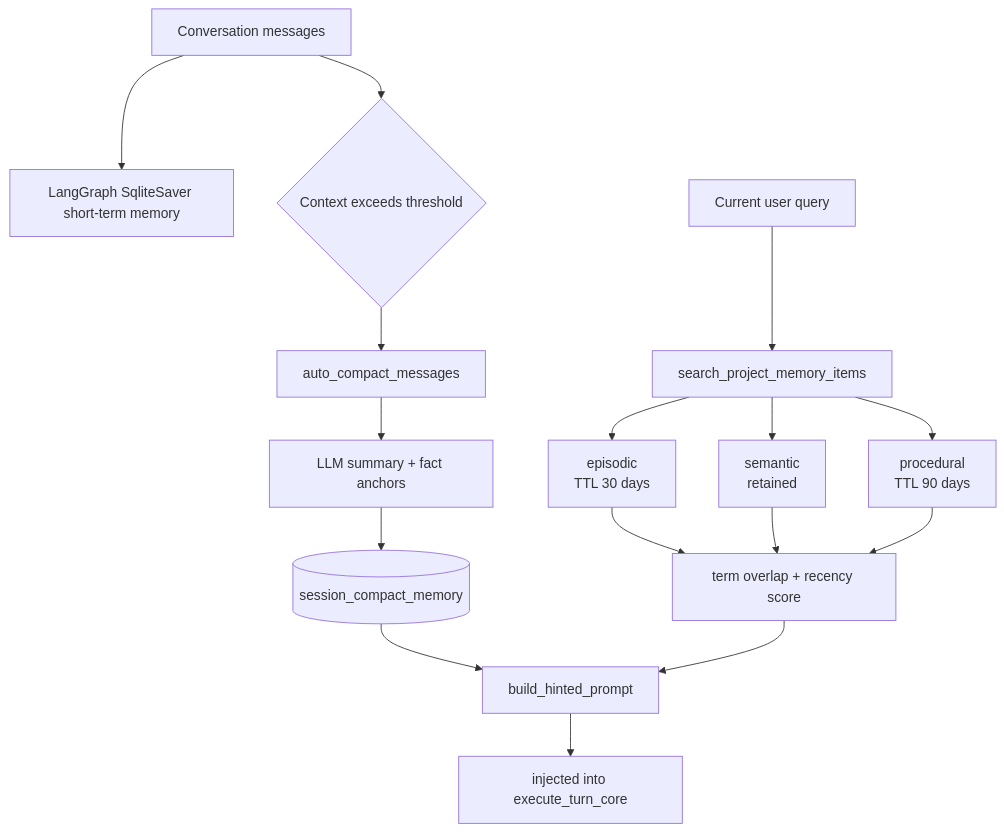
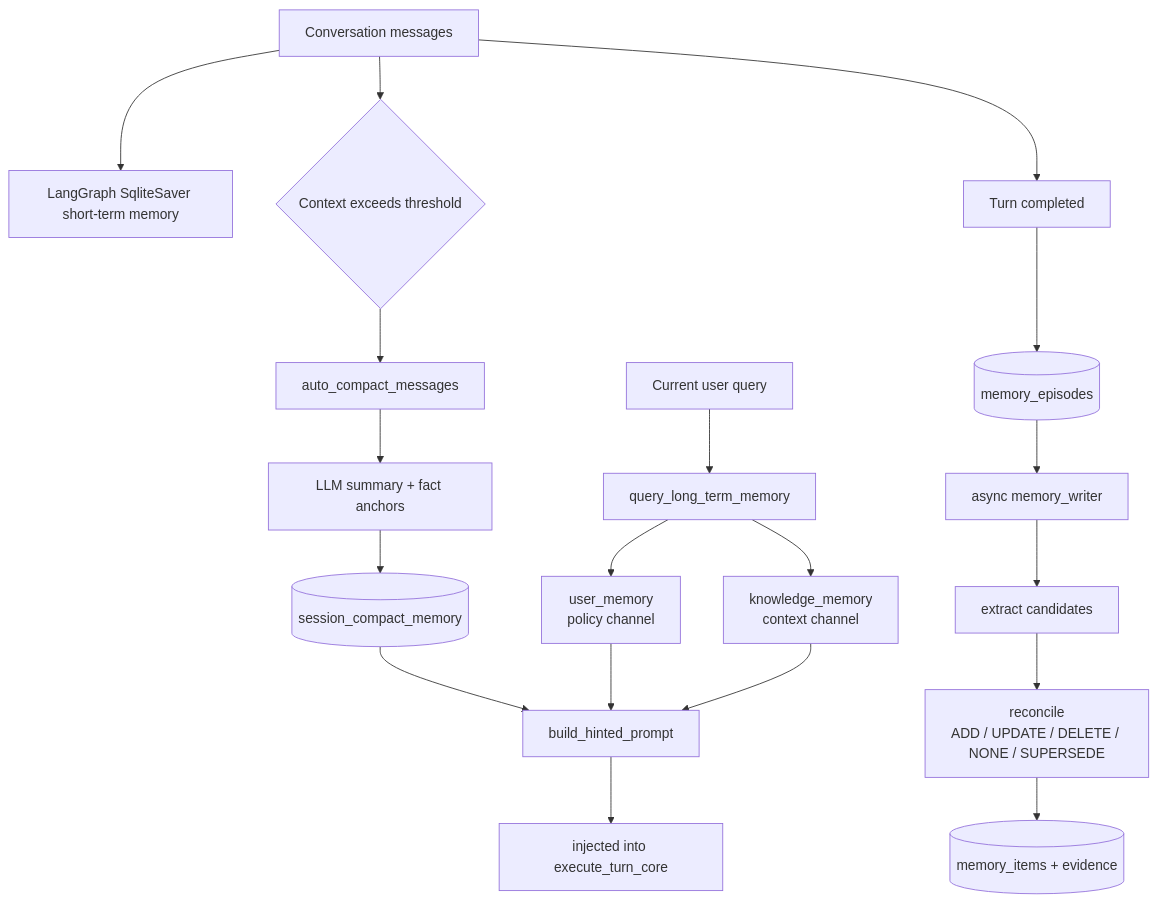
One commit to 0verL1nk/PaperSage changed the third of 3 diagrams in README_EN.md. Above: the diagram before and after it, drawn with Mermaid. The commit also changed other lines of this file and 16 other files, not shown here.

````diff
--- a/README_EN.md
+++ b/README_EN.md
@@ -141,18 +141,21 @@
 ```mermaid
 flowchart TB
     A[Conversation messages] --> B[LangGraph SqliteSaver short-term memory]
     A --> C{Context exceeds threshold}
     C --> D[auto_compact_messages]
     D --> E[LLM summary + fact anchors]
     E --> F[(session_compact_memory)]
-    G[Current user query] --> H[search_project_memory_items]
-    H --> I[episodic<br/>TTL 30 days]
-    H --> J[semantic<br/>retained]
-    H --> K[procedural<br/>TTL 90 days]
-    I --> L[term overlap + recency score]
-    J --> L
-    K --> L
-    F --> M[build_hinted_prompt]
-    L --> M
-    M --> N[injected into execute_turn_core]
+    A --> G[Turn completed]
+    G --> H[(memory_episodes)]
+    H --> I[async memory_writer]
+    I --> J[extract candidates]
+    J --> K[reconcile<br/>ADD / UPDATE / DELETE / NONE / SUPERSEDE]
+    K --> L[(memory_items + evidence)]
+    M[Current user query] --> N[query_long_term_memory]
+    N --> O[user_memory<br/>policy channel]
+    N --> P[knowledge_memory<br/>context channel]
+    F --> Q[build_hinted_prompt]
+    O --> Q
+    P --> Q
+    Q --> R[injected into execute_turn_core]
 ```
````
